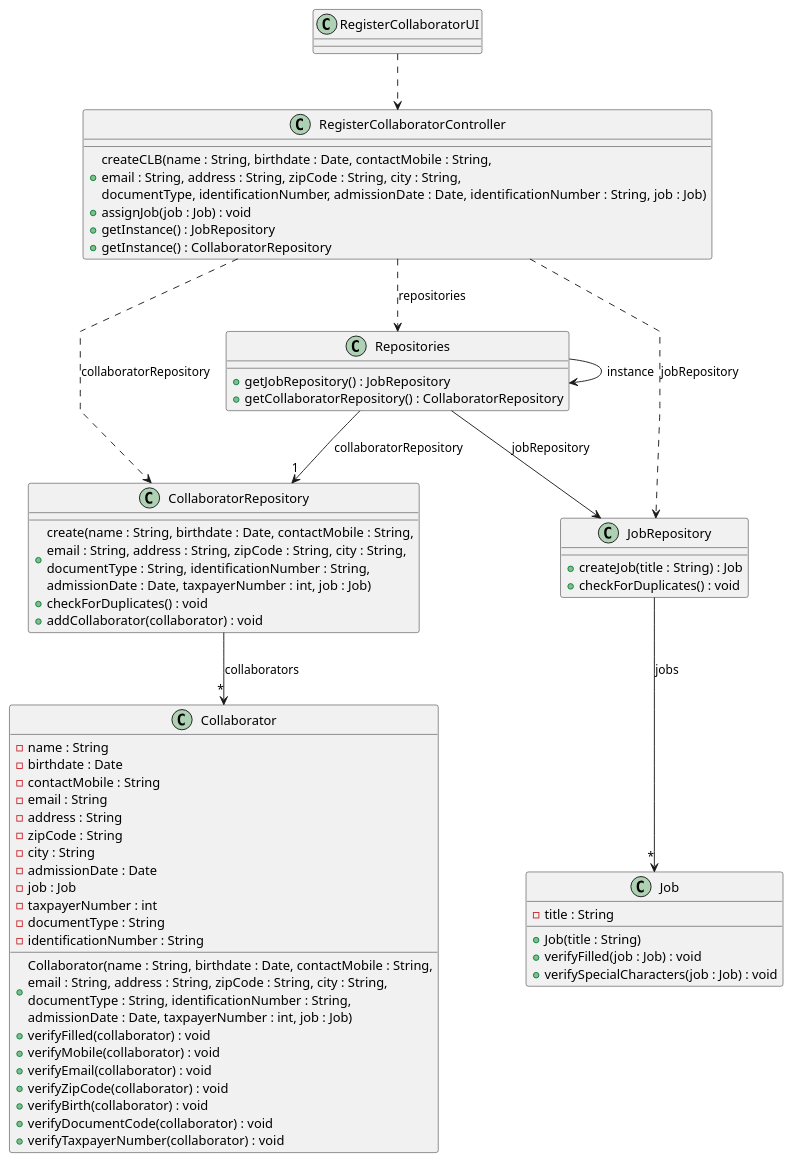
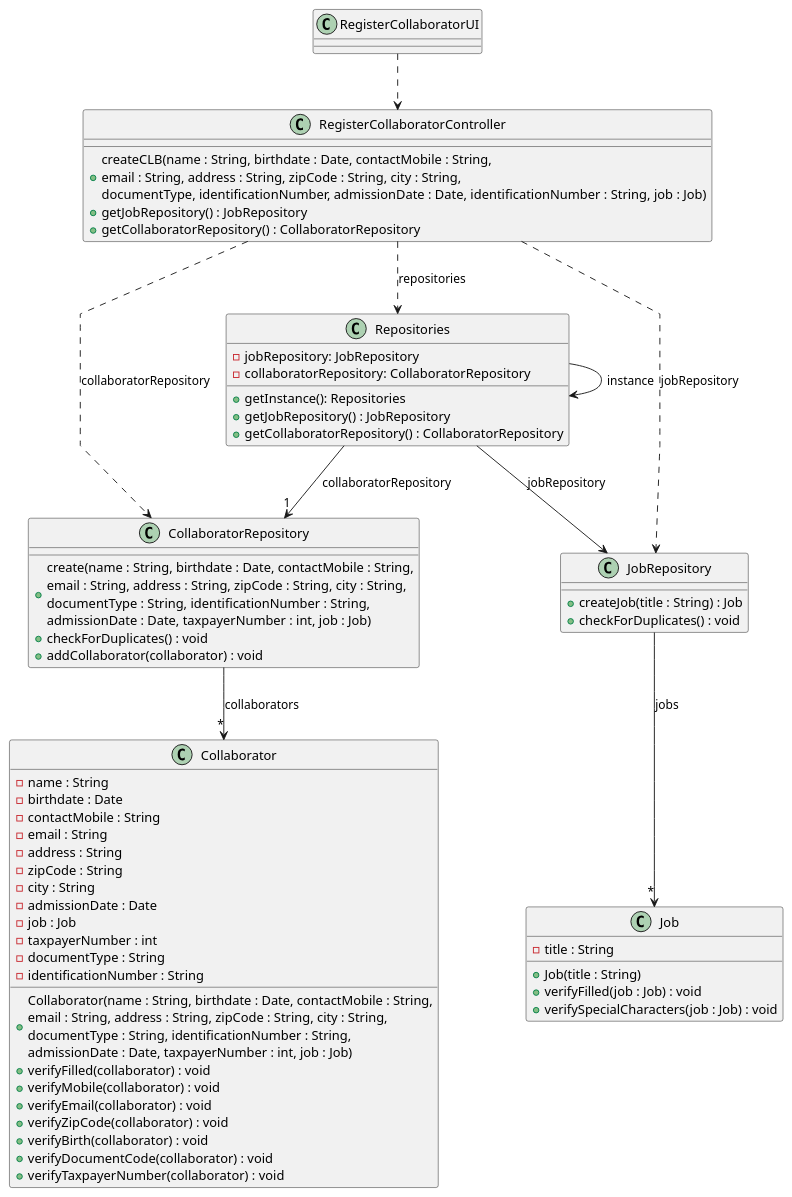
The diagram in docs/sprintB/us003/03.design/puml/us003-class-diagram.puml (ricardomm7/leaflink), drawn with PlantUML before and after one commit. The commit also changed 9 other files, not shown here.

```diff
--- a/docs/sprintB/us003/03.design/puml/us003-class-diagram.puml
+++ b/docs/sprintB/us003/03.design/puml/us003-class-diagram.puml
@@ -1,78 +1,81 @@
 @startuml
 skinparam packageStyle rectangle
 skinparam shadowing false
 skinparam linetype polyline
 
 'left to right direction
 
 class RegisterCollaboratorUI {
 }
 
 class RegisterCollaboratorController {
     + createCLB(name : String, birthdate : Date, contactMobile : String,\nemail : String, address : String, zipCode : String, city : String,\ndocumentType, identificationNumber, admissionDate : Date, identificationNumber : String, job : Job)
-    + assignJob(job : Job) : void
-    + getInstance() : JobRepository
-    + getInstance() : CollaboratorRepository
+    + getJobRepository() : JobRepository
+    + getCollaboratorRepository() : CollaboratorRepository
 
 }
 
 class Repositories {
+    -jobRepository: JobRepository
+    -collaboratorRepository: CollaboratorRepository
+
+    + getInstance(): Repositories
     +getJobRepository() : JobRepository
     +getCollaboratorRepository() : CollaboratorRepository
 }
 
 class CollaboratorRepository {
     + create(name : String, birthdate : Date, contactMobile : String,\nemail : String, address : String, zipCode : String, city : String,\ndocumentType : String, identificationNumber : String, \nadmissionDate : Date, taxpayerNumber : int, job : Job)
     + checkForDuplicates() : void
     + addCollaborator(collaborator) : void
 
 }
 
 class JobRepository {
     +createJob(title : String) : Job
     +checkForDuplicates() : void
 }
 
 class Collaborator {
     - name : String
     - birthdate : Date
     - contactMobile : String
     - email : String
     - address : String
     - zipCode : String
     - city : String
     - admissionDate : Date
     - job : Job
     - taxpayerNumber : int
     + Collaborator(name : String, birthdate : Date, contactMobile : String,\nemail : String, address : String, zipCode : String, city : String,\ndocumentType : String, identificationNumber : String, \nadmissionDate : Date, taxpayerNumber : int, job : Job)
     + verifyFilled(collaborator) : void
     + verifyMobile(collaborator) : void
     + verifyEmail(collaborator) : void
     + verifyZipCode(collaborator) : void
     + verifyBirth(collaborator) : void
     + verifyDocumentCode(collaborator) : void
     + verifyTaxpayerNumber(collaborator) : void
     - documentType : String
     - identificationNumber : String
 }
 
 class Job {
     - title : String
     + Job(title : String)
     +verifyFilled(job : Job) : void
     +verifySpecialCharacters(job : Job) : void
 }
 
 
 
 RegisterCollaboratorUI ..> RegisterCollaboratorController
 RegisterCollaboratorController ..> Repositories : repositories
 Repositories --> Repositories : instance
 Repositories --> JobRepository : jobRepository
 Repositories --> "1"CollaboratorRepository : collaboratorRepository
 CollaboratorRepository --> "*" Collaborator : collaborators
 RegisterCollaboratorController ..> CollaboratorRepository : collaboratorRepository
 RegisterCollaboratorController ..> JobRepository : jobRepository
 JobRepository --> "*" Job : jobs
 
 @enduml
```
